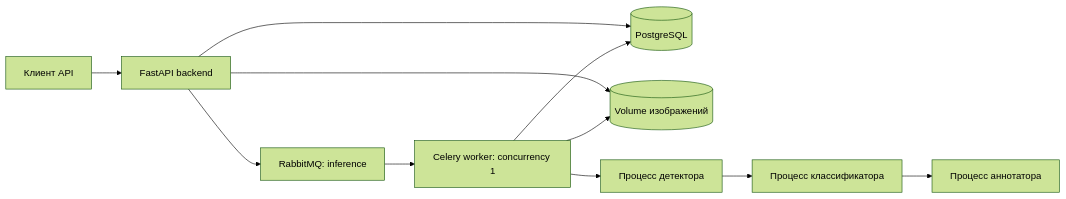
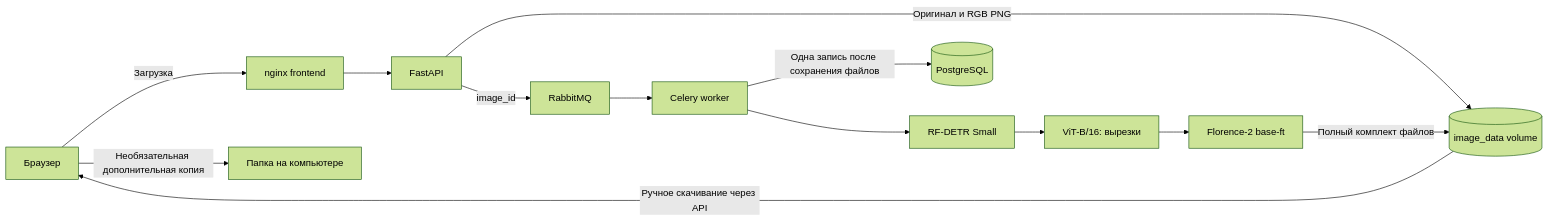
Before and after one commit to mishanikin055/kurs4: the diagram in PROJECT_PLAN.md, drawn with Mermaid (forest theme). The commit also changed other lines of this file and 48 other files, not shown here.

Commit message:
Упростить обработку изображений: очередь, volume и готовые результаты

````diff
--- a/PROJECT_PLAN.md
+++ b/PROJECT_PLAN.md
@@ -32,13 +8,15 @@
 ```mermaid
 flowchart LR
-    U[Клиент API] --> API[FastAPI backend]
-    API --> DB[(PostgreSQL)]
-    API --> MQ[RabbitMQ: inference]
-    MQ --> W[Celery worker: concurrency 1]
-    API --> FS[(Volume изображений)]
-    W --> FS
-    W --> DB
-    W --> D[Процесс детектора]
-    D --> C[Процесс классификатора]
-    C --> A[Процесс аннотатора]
+    U[Браузер] -->|Загрузка| F[nginx frontend]
+    F --> API[FastAPI]
+    API -->|Оригинал и RGB PNG| V[(image_data volume)]
+    API -->|image_id| Q[RabbitMQ]
+    Q --> W[Celery worker]
+    W --> D[RF-DETR Small]
+    D --> C[ViT-B/16: вырезки]
+    C --> A[Florence-2 base-ft]
+    A -->|Полный комплект файлов| V
+    W -->|Одна запись после сохранения файлов| DB[(PostgreSQL)]
+    V -->|Ручное скачивание через API| U
+    U -->|Необязательная дополнительная копия| L[Папка на компьютере]
 ```
````
